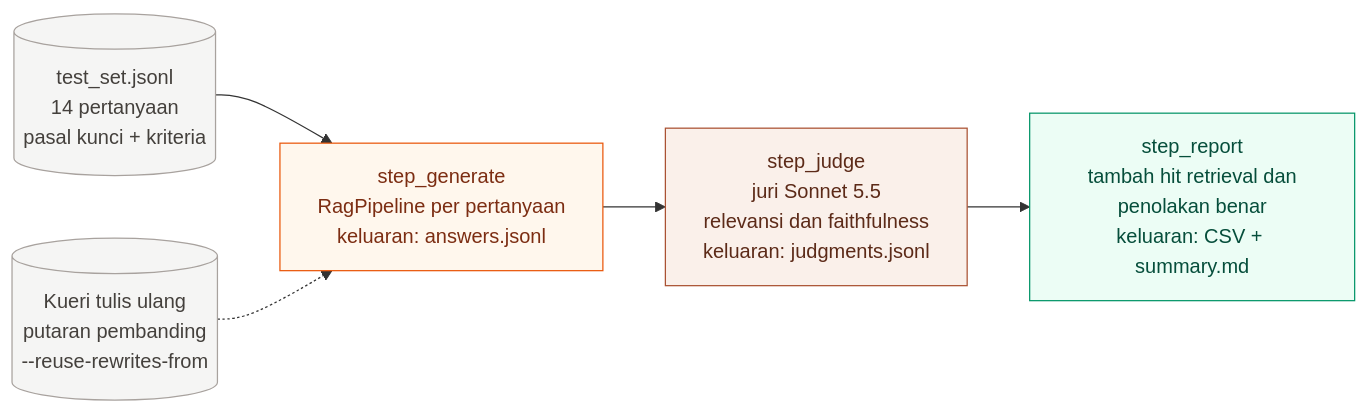
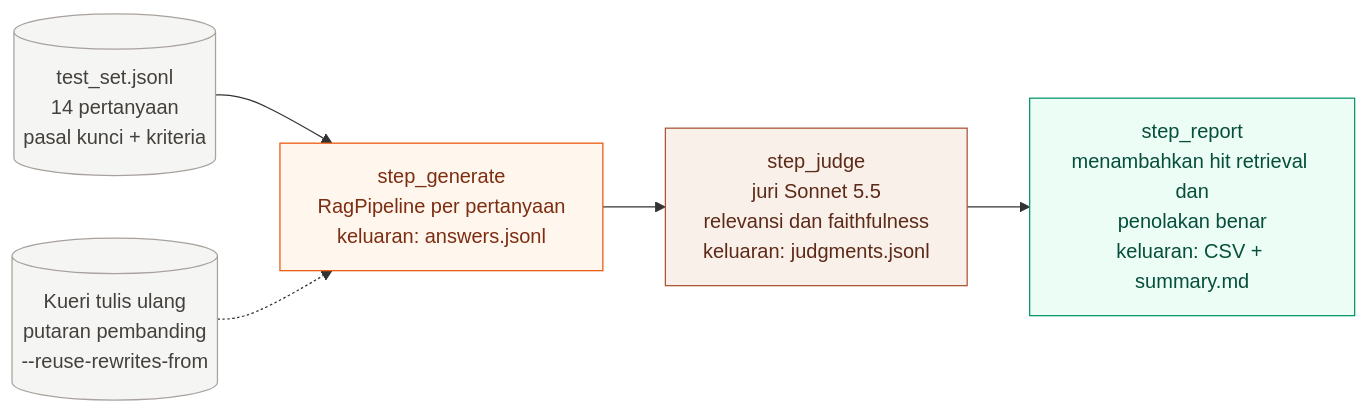
Before and after one commit to bangahmed/RAG_Dukcapil: the fifth of 6 diagrams in docs/alur-kerja.md, drawn with Mermaid. The commit also changed other lines of this file and 8 other files, not shown here.

````diff
--- a/docs/alur-kerja.md
+++ b/docs/alur-kerja.md
@@ -186,16 +190,16 @@
 ```mermaid
 flowchart LR
     classDef lokal fill:#ecfdf5,stroke:#059669,color:#064e3b
     classDef groq fill:#fff7ed,stroke:#ea580c,color:#7c2d12
     classDef claude fill:#faf0ea,stroke:#aa5233,color:#5c2a18
     classDef data fill:#f5f5f4,stroke:#a8a29e,color:#44403c
 
     uji[("test_set.jsonl<br/>14 pertanyaan<br/>pasal kunci + kriteria")]:::data
     beku[("Kueri tulis ulang<br/>putaran pembanding<br/>--reuse-rewrites-from")]:::data
     gen["step_generate<br/>RagPipeline per pertanyaan<br/>keluaran: answers.jsonl"]:::groq
     juri["step_judge<br/>juri Sonnet 5.5<br/>relevansi dan faithfulness<br/>keluaran: judgments.jsonl"]:::claude
-    rep["step_report<br/>tambah hit retrieval dan<br/>penolakan benar<br/>keluaran: CSV + summary.md"]:::lokal
+    rep["step_report<br/>menambahkan hit retrieval dan<br/>penolakan benar<br/>keluaran: CSV + summary.md"]:::lokal
 
     uji --> gen --> juri --> rep
     beku -.-> gen
 ```
````
